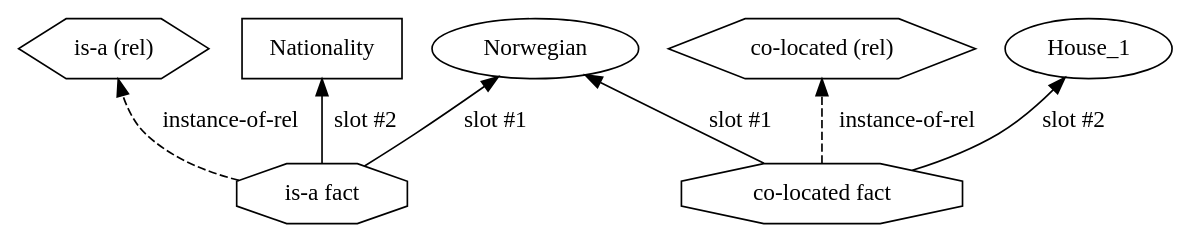
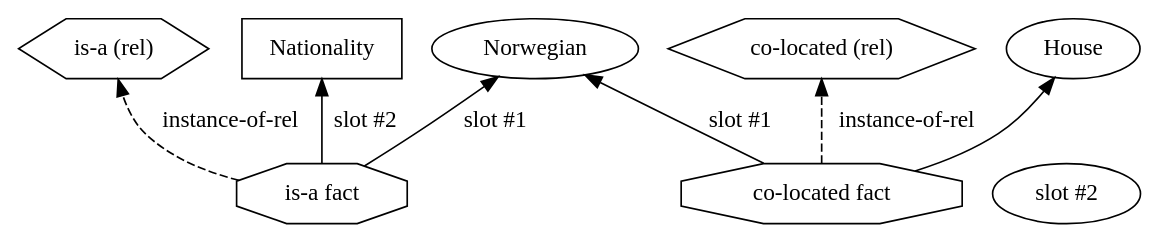
The third of 6 diagrams in docs/kernel/ir/01-ein-graph/01_kb.md (agutikov/ein), drawn with Graphviz before and after one commit. The commit also changed other lines of this file and 90 other files, not shown here.

````diff
--- a/docs/kernel/ir/01-ein-graph/01_kb.md
+++ b/docs/kernel/ir/01-ein-graph/01_kb.md
@@ -109,28 +109,28 @@
 ```dot
 digraph levi_single_fact {
   rankdir=BT;
 
   // Relation declarations (hexagons — distinct from objects)
   rel_isa   [shape=hexagon, label="is-a (rel)"];
   rel_coloc [shape=hexagon, label="co-located (rel)"];
 
   // Types (boxes), objects (ellipses)
   Nationality [shape=box];
   Norwegian   [shape=ellipse];
-  House_1     [shape=ellipse];
+  House-1     [shape=ellipse];
 
   // Fact nodes (octagons)
   isa_fact   [shape=octagon, label="is-a fact"];
   coloc_fact [shape=octagon, label="co-located fact"];
 
   // The is-a fact and its slots + relation link
   isa_fact -> Norwegian   [label="slot #1"];
   isa_fact -> Nationality [label="slot #2"];
   isa_fact -> rel_isa     [label="instance-of-rel", style=dashed];
 
   // The co-located fact and its slots + relation link
   coloc_fact -> Norwegian [label="slot #1"];
-  coloc_fact -> House_1   [label="slot #2"];
+  coloc_fact -> House-1   [label="slot #2"];
   coloc_fact -> rel_coloc [label="instance-of-rel", style=dashed];
 }
 ```
````
